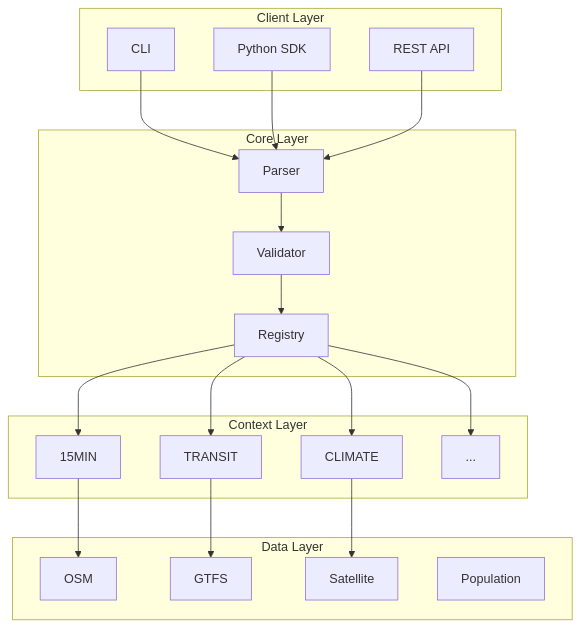
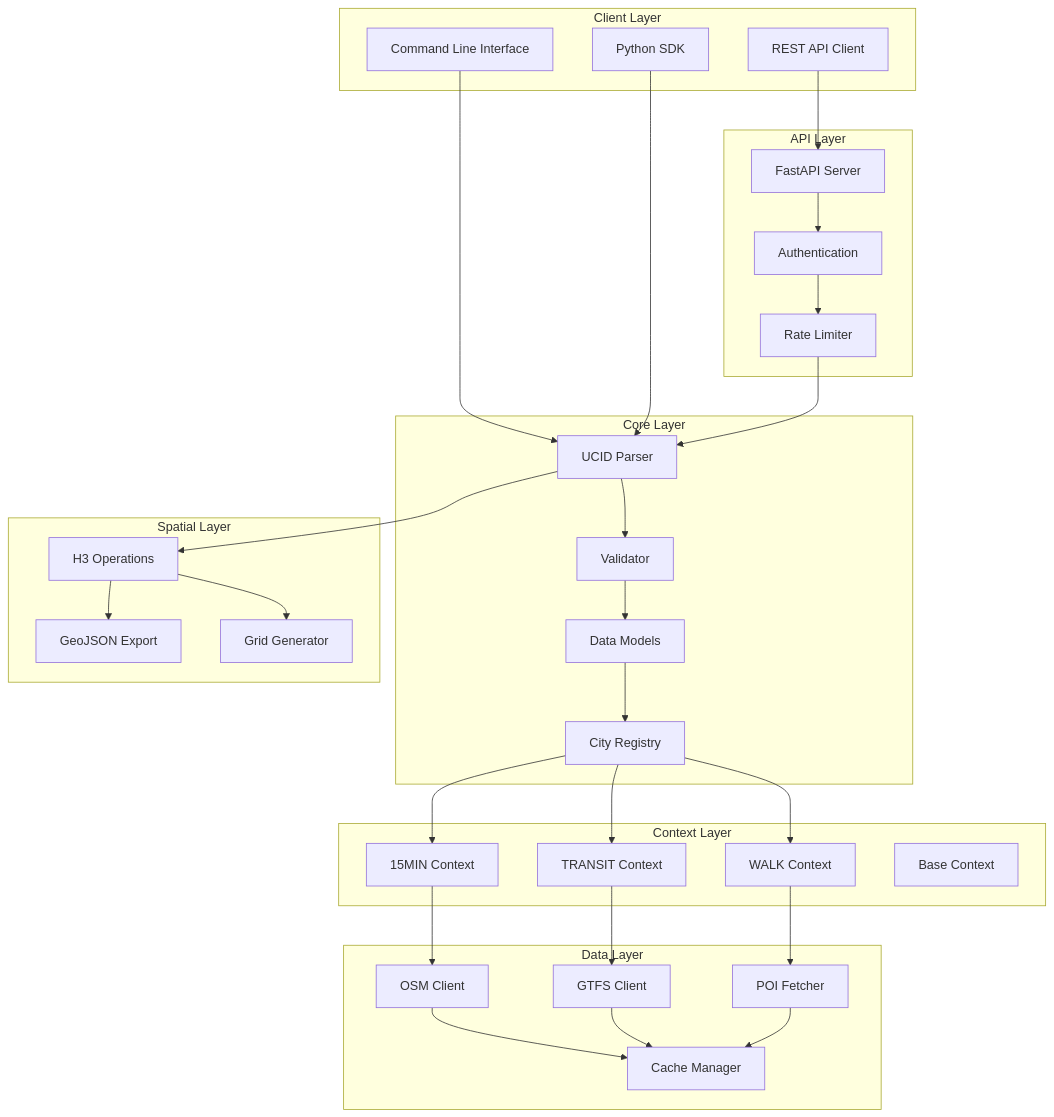
Before and after one commit to ucid-foundation/ucid: the first of 9 diagrams in ARCHITECTURE.md, drawn with Mermaid. The commit also changed other lines of this file and 174 other files, not shown here.

````diff
--- a/ARCHITECTURE.md
+++ b/ARCHITECTURE.md
@@ -28,41 +54,63 @@
 ```mermaid
 graph TB
     subgraph "Client Layer"
-        CLI[CLI]
+        CLI[Command Line Interface]
         SDK[Python SDK]
-        API[REST API]
+        REST[REST API Client]
     end
-    
+
+    subgraph "API Layer"
+        FastAPI[FastAPI Server]
+        Auth[Authentication]
+        RateLimit[Rate Limiter]
+    end
+
     subgraph "Core Layer"
-        Parser[Parser]
+        Parser[UCID Parser]
         Validator[Validator]
-        Registry[Registry]
+        Models[Data Models]
+        Registry[City Registry]
     end
-    
+
     subgraph "Context Layer"
-        C15M[15MIN]
-        CTR[TRANSIT]
-        CCL[CLIMATE]
-        More[...]
+        C15M[15MIN Context]
+        CTR[TRANSIT Context]
+        CWK[WALK Context]
+        CBase[Base Context]
     end
-    
+
     subgraph "Data Layer"
-        OSM[OSM]
-        GTFS[GTFS]
-        Sat[Satellite]
-        Pop[Population]
+        OSM[OSM Client]
+        GTFS[GTFS Client]
+        POI[POI Fetcher]
+        Cache[Cache Manager]
     end
-    
+
+    subgraph "Spatial Layer"
+        H3Ops[H3 Operations]
+        GeoJSON[GeoJSON Export]
+        Grid[Grid Generator]
+    end
+
     CLI --> Parser
     SDK --> Parser
-    API --> Parser
+    REST --> FastAPI
+    FastAPI --> Auth
+    Auth --> RateLimit
+    RateLimit --> Parser
     Parser --> Validator
-    Validator --> Registry
+    Validator --> Models
+    Models --> Registry
     Registry --> C15M
     Registry --> CTR
-    Registry --> CCL
-    Registry --> More
+    Registry --> CWK
     C15M --> OSM
     CTR --> GTFS
-    CCL --> Sat
+    CWK --> POI
+    OSM --> Cache
+    GTFS --> Cache
+    POI --> Cache
+    Parser --> H3Ops
+    H3Ops --> GeoJSON
+    H3Ops --> Grid
 ```
````
